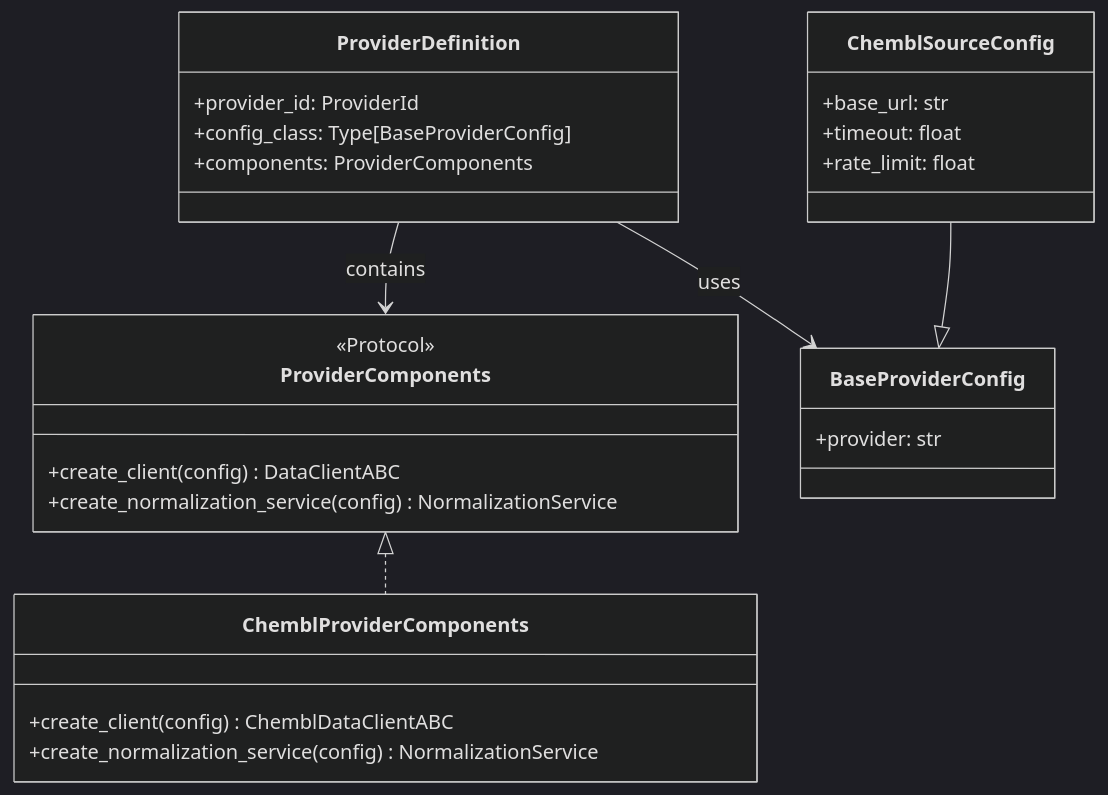
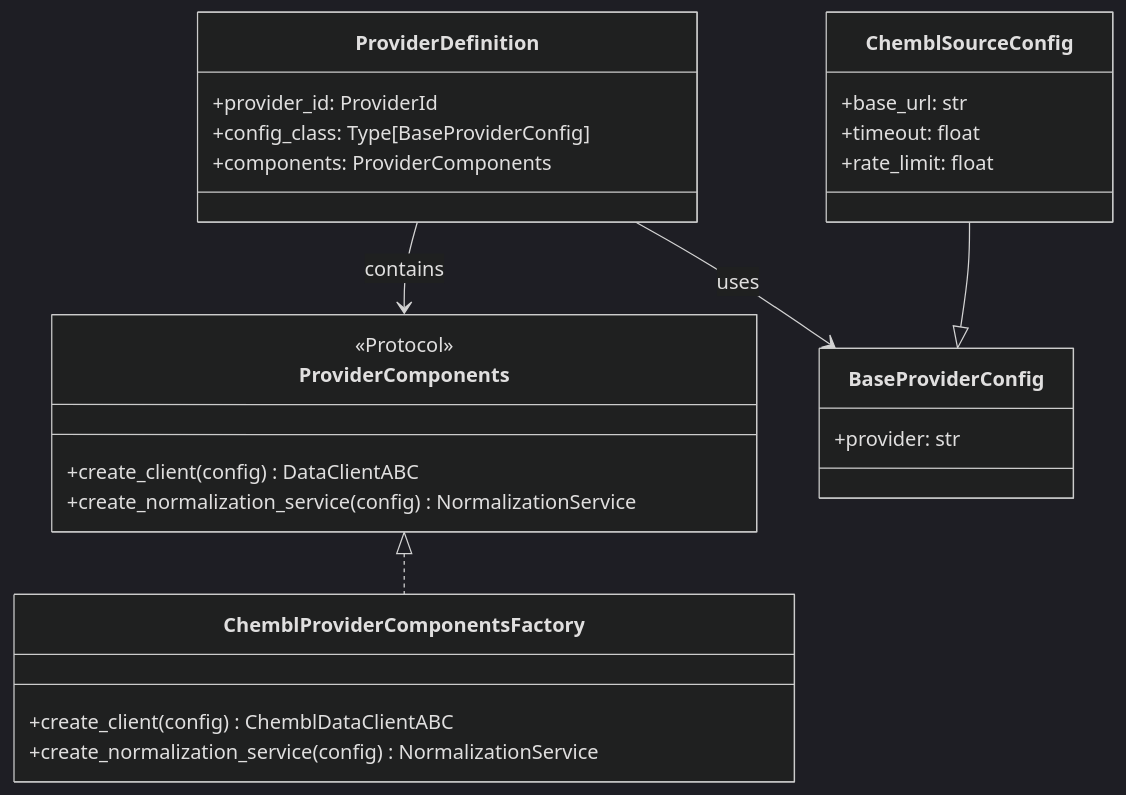
The tenth of 10 diagrams in docs/architecture/15-class-diagrams-infrastructure.md (SatoryKono/BioactivityDataAcquisition), drawn with Mermaid (dark theme) before and after one commit. The commit also changed 3 other files, not shown here.

Commit message:
Rename Chembl provider factory

````diff
--- a/docs/architecture/15-class-diagrams-infrastructure.md
+++ b/docs/architecture/15-class-diagrams-infrastructure.md
@@ -397,34 +397,34 @@
 ```mermaid
 classDiagram
     class ProviderComponents {
         <<Protocol>>
         +create_client(config) DataClientABC
         +create_normalization_service(config) NormalizationService
     }
 
-    class ChemblProviderComponents {
+    class ChemblProviderComponentsFactory {
         +create_client(config) ChemblDataClientABC
         +create_normalization_service(config) NormalizationService
     }
 
     class ProviderDefinition {
         +provider_id: ProviderId
         +config_class: Type[BaseProviderConfig]
         +components: ProviderComponents
     }
 
     class ChemblSourceConfig {
         +base_url: str
         +timeout: float
         +rate_limit: float
     }
 
     class BaseProviderConfig {
         +provider: str
     }
 
-    ProviderComponents <|.. ChemblProviderComponents
+    ProviderComponents <|.. ChemblProviderComponentsFactory
     ProviderDefinition --> ProviderComponents : contains
     ProviderDefinition --> BaseProviderConfig : uses
     ChemblSourceConfig --|> BaseProviderConfig
 ```
````
